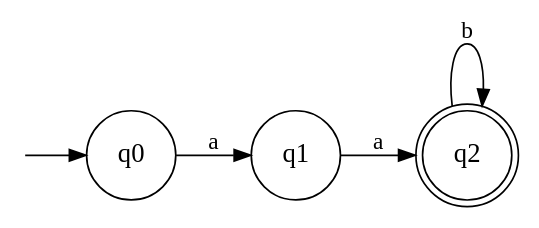
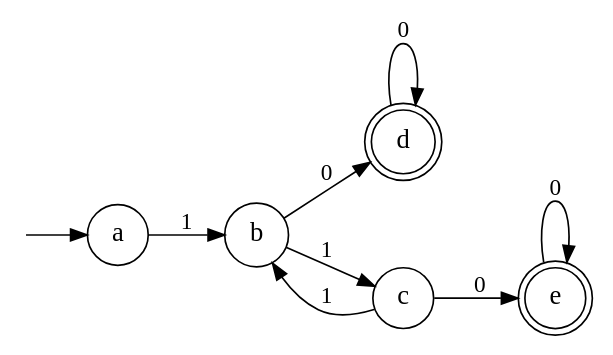
The diagram in b_4_1_2.dot (amowy/automaton), drawn with Graphviz before and after one commit. The commit also changed 2 other files, not shown here.

```diff
--- a/b_4_1_2.dot
+++ b/b_4_1_2.dot
@@ -1,16 +1,21 @@
 digraph G {
     ranksep=0.5;
     nodesep=0.5;
     rankdir=LR;
     node [shape="circle", fontsize="16"];
     fontsize="10";
     compound=true;
 
-    iq0 [shape=point, style=invis];
-    q2 [shape=doublecircle];
+    ia [shape=point, style=invis];
+    d [shape=doublecircle];
+    e [shape=doublecircle];
 
-    iq0 -> q0;
-    q1 -> q2 [label="a"];
-    q0 -> q1 [label="a"];
-    q2 -> q2 [label="b"];
+    ia -> a;
+    d -> d [label="0"];
+    b -> c [label="1"];
+    c -> b [label="1"];
+    c -> e [label="0"];
+    e -> e [label="0"];
+    b -> d [label="0"];
+    a -> b [label="1"];
 }
```
